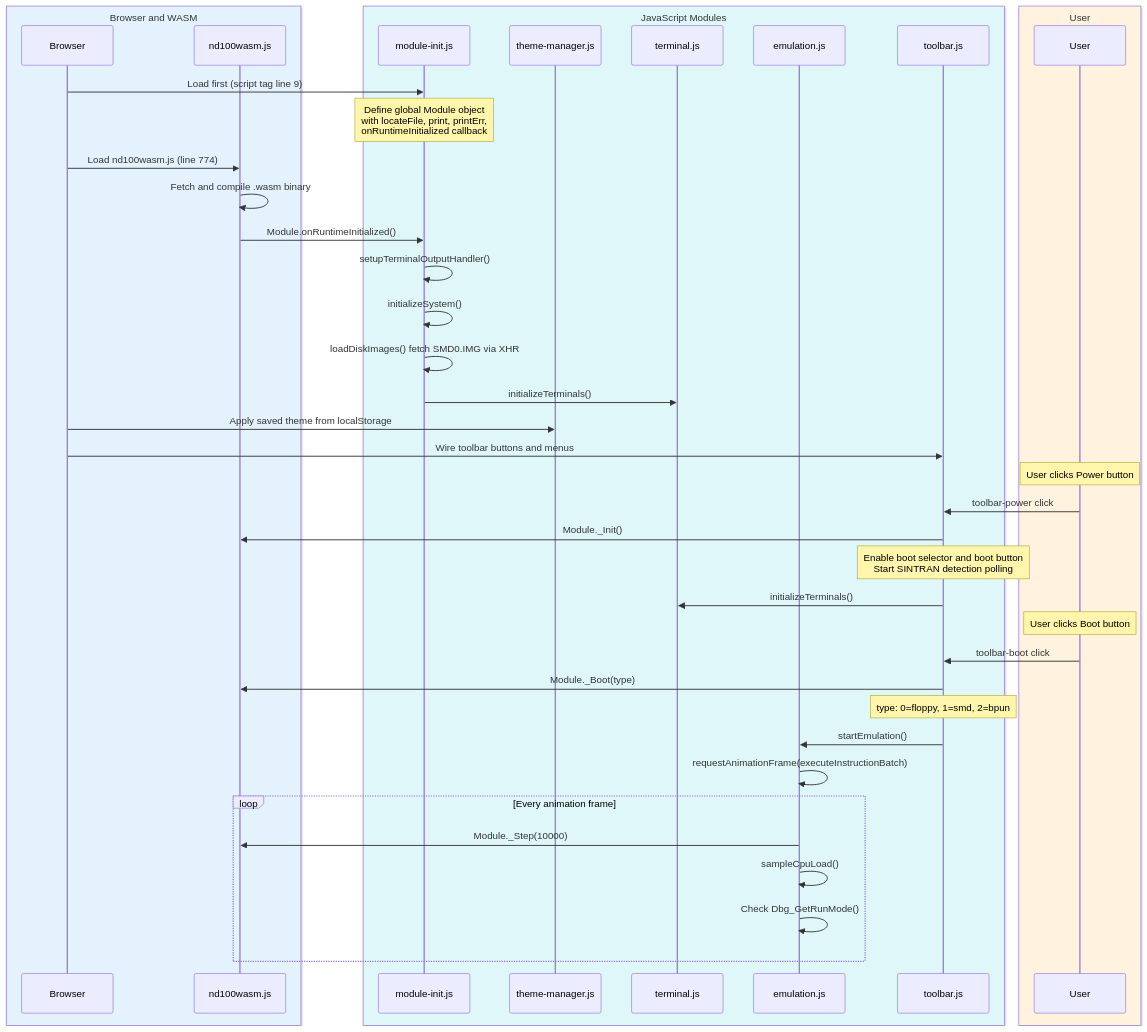
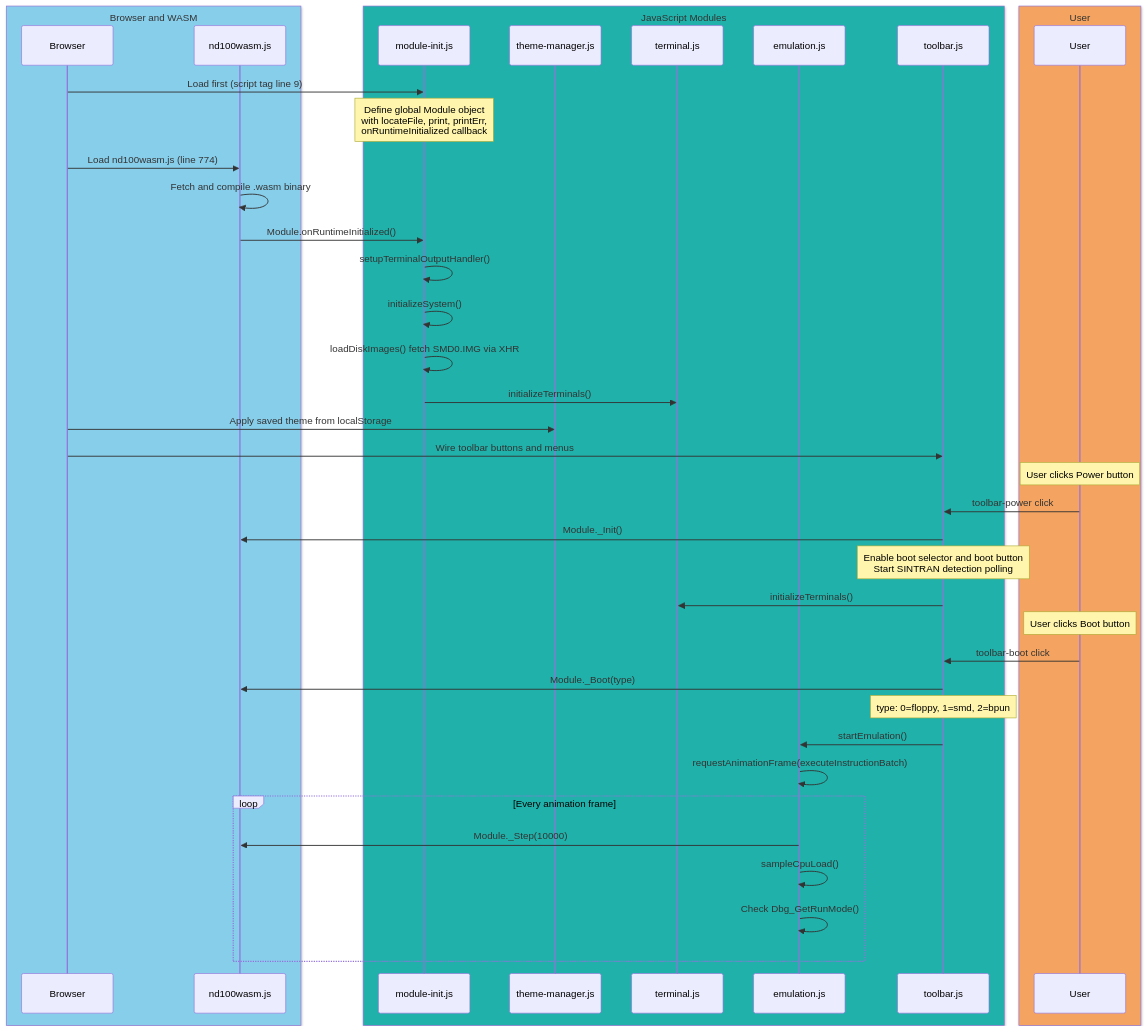
Before and after one commit to HackerCorpLabs/nd100x: the second of 3 diagrams in GLASS.md, drawn with Mermaid. The commit also changed other lines of this file, not shown here.

First line of the commit message:
Fix Mermaid diagram colors for GitHub rendering

````diff
--- a/GLASS.md
+++ b/GLASS.md
@@ -131,45 +125,45 @@
 ```mermaid
 sequenceDiagram
-    box rgb(227,242,253) Browser and WASM
+    box SkyBlue Browser and WASM
         participant B as Browser
         participant WM as nd100wasm.js
     end
-    box rgb(224,247,250) JavaScript Modules
+    box LightSeaGreen JavaScript Modules
         participant MI as module-init.js
         participant TM as theme-manager.js
         participant T as terminal.js
         participant E as emulation.js
         participant TB as toolbar.js
     end
-    box rgb(255,243,224) User
+    box SandyBrown User
         participant U as User
     end
 
     B->>MI: Load first (script tag line 9)
     Note over MI: Define global Module object<br/>with locateFile, print, printErr,<br/>onRuntimeInitialized callback
     B->>WM: Load nd100wasm.js (line 774)
     WM->>WM: Fetch and compile .wasm binary
     WM->>MI: Module.onRuntimeInitialized()
     MI->>MI: setupTerminalOutputHandler()
     MI->>MI: initializeSystem()
     MI->>MI: loadDiskImages() fetch SMD0.IMG via XHR
     MI->>T: initializeTerminals()
     B->>TM: Apply saved theme from localStorage
     B->>TB: Wire toolbar buttons and menus
     Note over U: User clicks Power button
     U->>TB: toolbar-power click
     TB->>WM: Module._Init()
     Note over TB: Enable boot selector and boot button<br/>Start SINTRAN detection polling
     TB->>T: initializeTerminals()
     Note over U: User clicks Boot button
     U->>TB: toolbar-boot click
     TB->>WM: Module._Boot(type)
     Note over TB: type: 0=floppy, 1=smd, 2=bpun
     TB->>E: startEmulation()
     E->>E: requestAnimationFrame(executeInstructionBatch)
     loop Every animation frame
         E->>WM: Module._Step(10000)
         E->>E: sampleCpuLoad()
         E->>E: Check Dbg_GetRunMode()
     end
 ```
````
